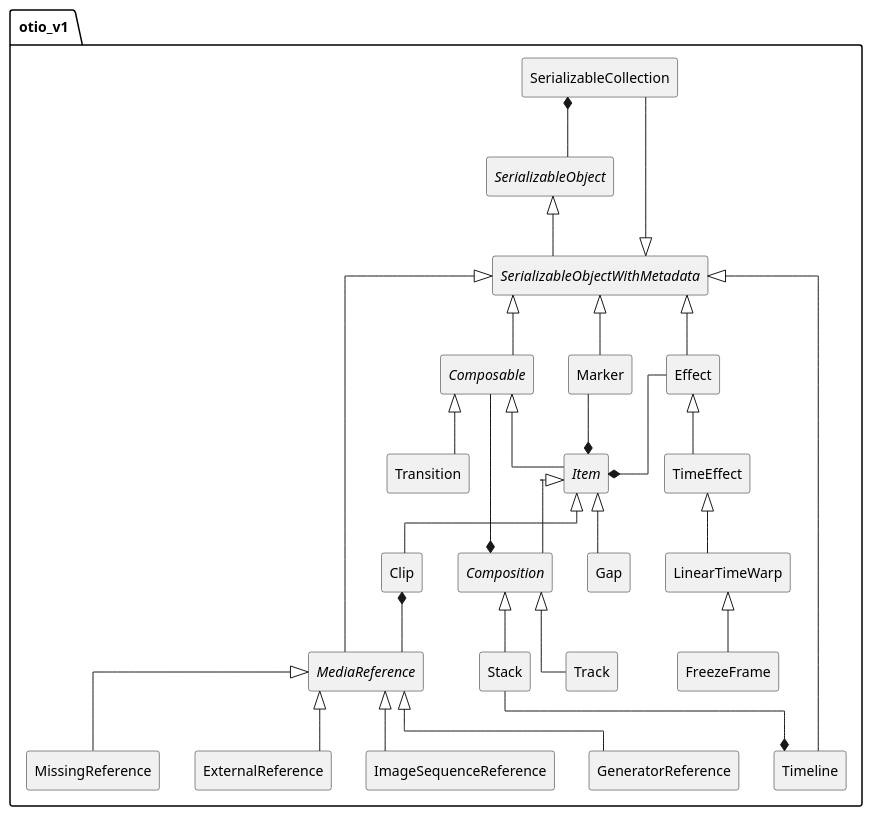
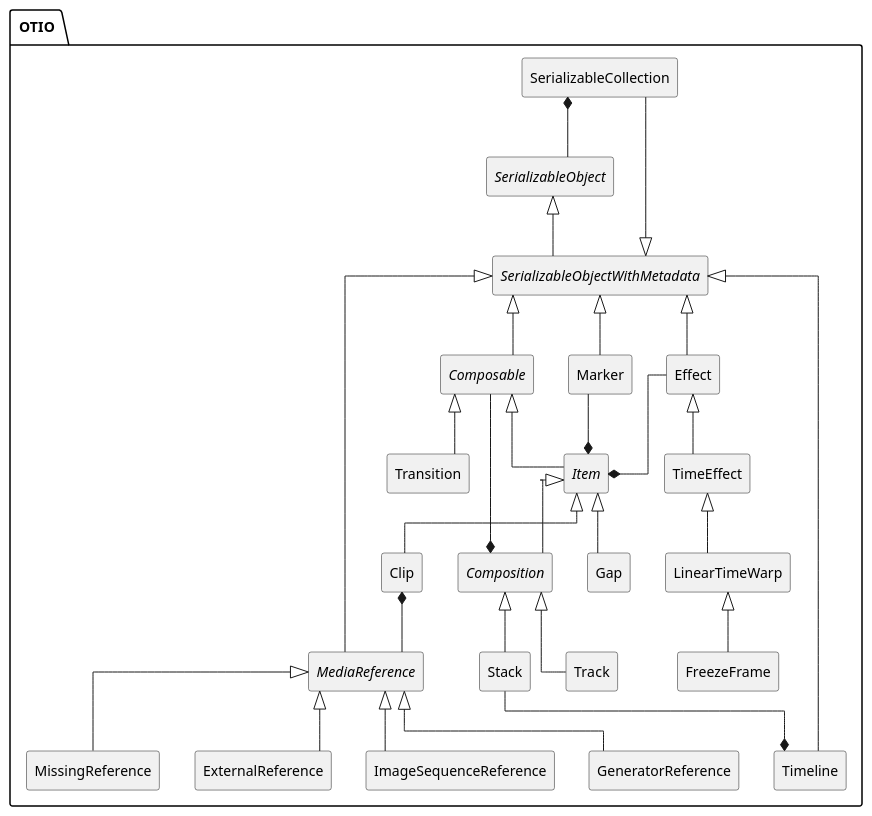
One commit to sandflow/otio-core-specification changed the first of 32 diagrams in src/main/md/otio-core.md. Above: the diagram before and after it, drawn with PlantUML. The commit also changed other lines of this file, not shown here.

```diff
--- a/src/main/md/otio-core.md
+++ b/src/main/md/otio-core.md
@@ -24,7 +24,7 @@
 skinparam padding 5
 hide circle
 
-package otio_v1 <<Folder>> {
+package OTIO <<Folder>> {
 
 class SerializableCollection [[#object-model-SerializableCollection]]
 SerializableCollection *-- SerializableObject
```
